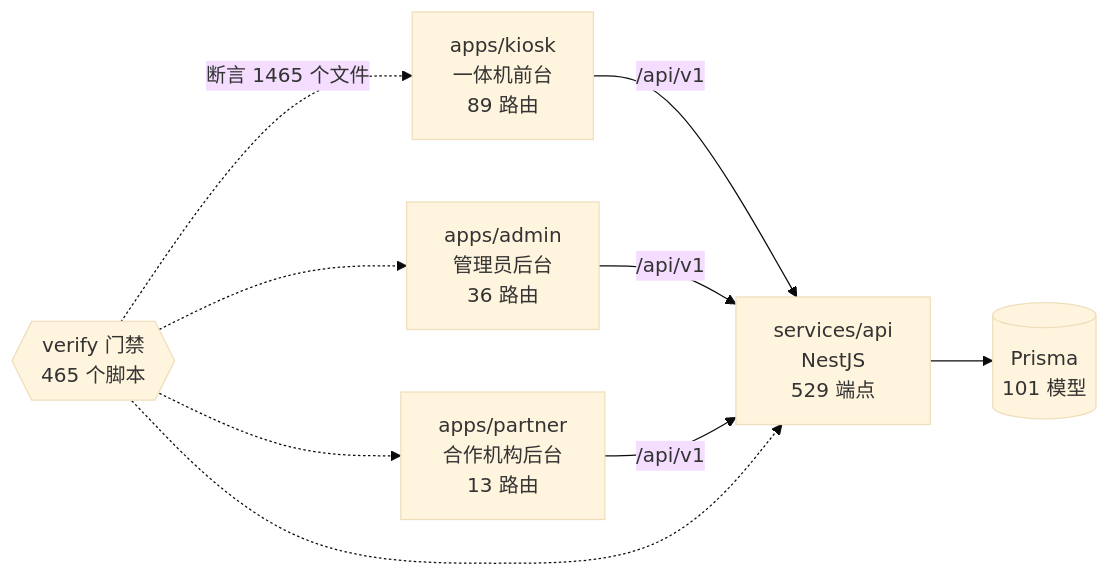
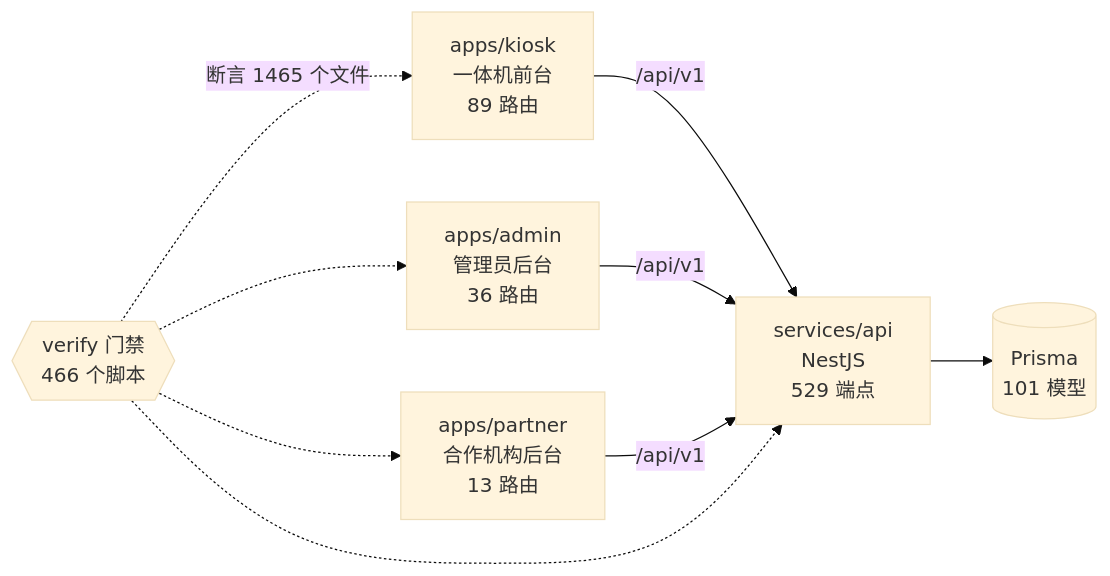
The diagram in docs/graph/README.md (wanglei581/YITIJI), drawn with Mermaid (base theme) before and after one commit. The commit also changed other lines of this file and 8 other files, not shown here.

````diff
--- a/docs/graph/README.md
+++ b/docs/graph/README.md
@@ -68,18 +68,18 @@
 ```mermaid
 flowchart LR
   kiosk["apps/kiosk<br/>一体机前台<br/>89 路由"]
   admin["apps/admin<br/>管理员后台<br/>36 路由"]
   partner["apps/partner<br/>合作机构后台<br/>13 路由"]
   api["services/api<br/>NestJS<br/>529 端点"]
   db[("Prisma<br/>101 模型")]
-  gates{{"verify 门禁<br/>465 个脚本"}}
+  gates{{"verify 门禁<br/>466 个脚本"}}
 
   kiosk -->|"/api/v1"| api
   admin -->|"/api/v1"| api
   partner -->|"/api/v1"| api
   api --> db
   gates -.->|"断言 1465 个文件"| kiosk
   gates -.-> admin
   gates -.-> partner
   gates -.-> api
 ```
````
